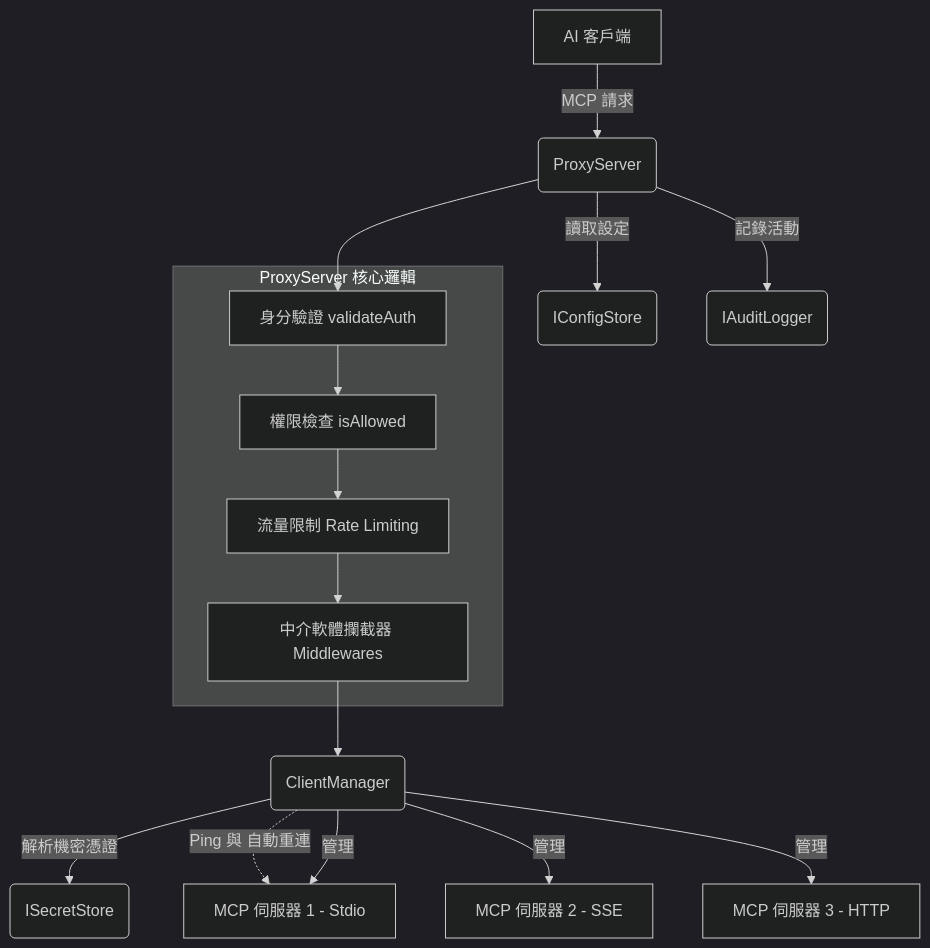
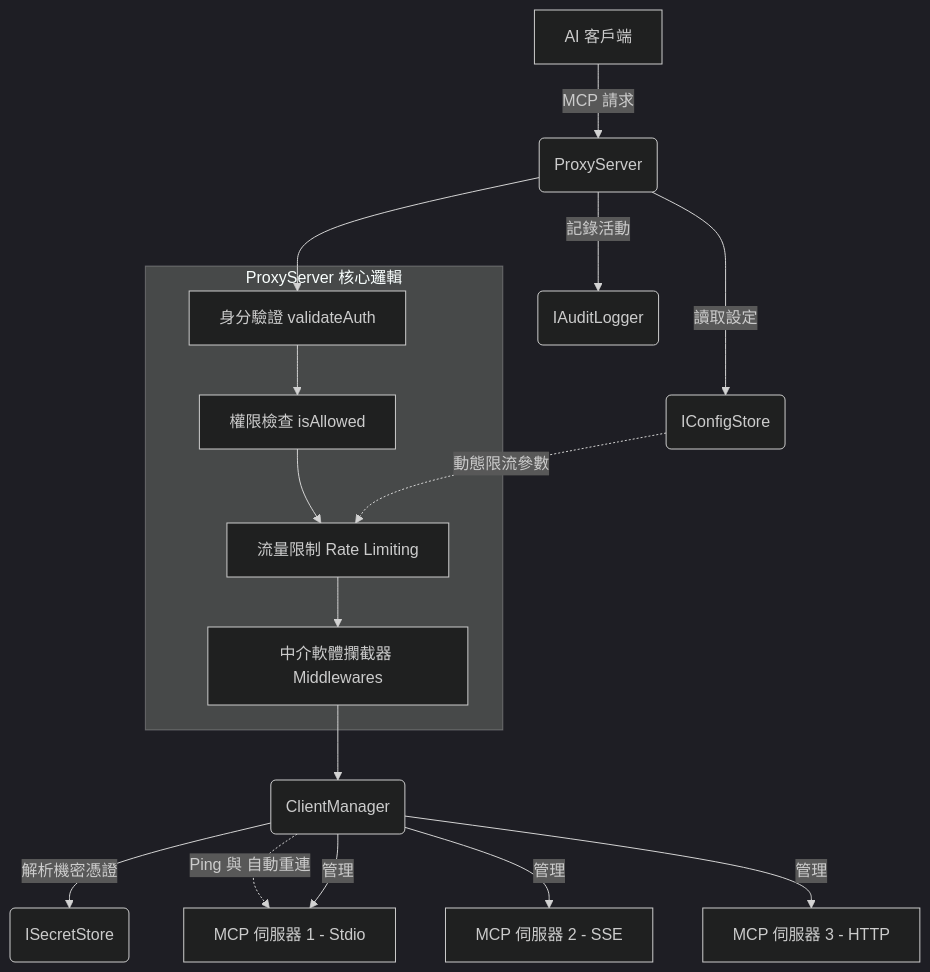
The second of 2 diagrams in ARCHITECTURE.md (Cyber-Sec-Space/aag-core), drawn with Mermaid (dark theme) before and after one commit. The commit also changed other lines of this file and 4 other files, not shown here.

````diff
--- a/ARCHITECTURE.md
+++ b/ARCHITECTURE.md
@@ -80,26 +81,27 @@
 ```mermaid
 graph TD
     Client[AI 客戶端] -->|MCP 請求| Proxy(ProxyServer)
     
     subgraph ProxyInternal [ProxyServer 核心邏輯]
         Auth[身分驗證 validateAuth]
         RBAC[權限檢查 isAllowed]
         RL[流量限制 Rate Limiting]
         MW[中介軟體攔截器 Middlewares]
     end
     
     Proxy --> Auth
     Auth --> RBAC
     RBAC --> RL
     RL --> MW
     MW --> CM(ClientManager)
 
     Proxy -->|讀取設定| Config(IConfigStore)
     Proxy -->|記錄活動| Logger(IAuditLogger)
+    Config -.->|動態限流參數| RL
     
     CM -->|解析機密憑證| Secrets(ISecretStore)
     CM -.->|Ping 與 自動重連| Downstream1
     CM -->|管理| Downstream1[MCP 伺服器 1 - Stdio]
     CM -->|管理| Downstream2[MCP 伺服器 2 - SSE]
     CM -->|管理| Downstream3[MCP 伺服器 3 - HTTP]
 ```
````
